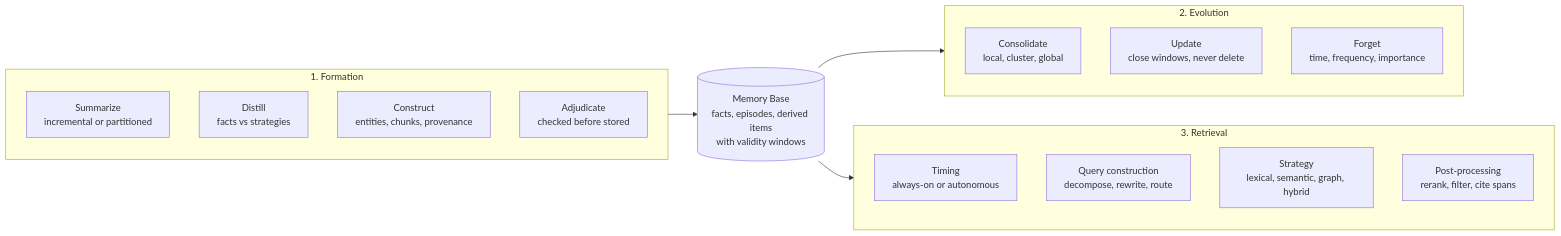
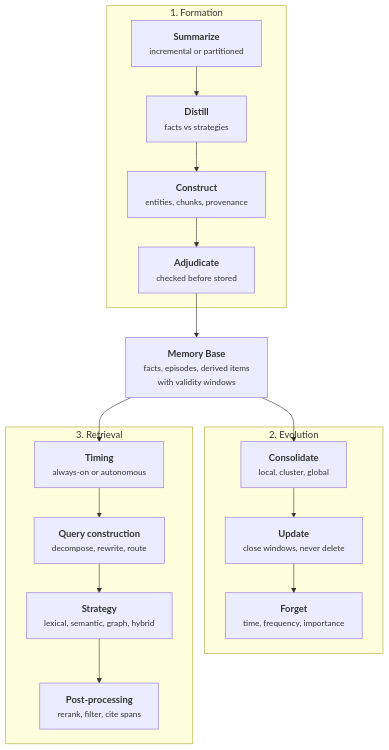
The diagram in src/content/blog/memory-in-age-of-ai-agents-part2-dynamics.md (Faycall1l/Faycall1l.github.io), drawn with Mermaid before and after one commit. The commit also changed 2 other files, not shown here.

Commit message:
fix(blog): enlarge mermaid diagram, compact layout with min-width scroll

````diff
--- a/src/content/blog/memory-in-age-of-ai-agents-part2-dynamics.md
+++ b/src/content/blog/memory-in-age-of-ai-agents-part2-dynamics.md
@@ -14,28 +14,20 @@
 ```mermaid
-flowchart LR
+flowchart TB
     subgraph Formation["1. Formation"]
-        F1[Summarize<br/>incremental or partitioned]
-        F2[Distill<br/>facts vs strategies]
-        F3[Construct<br/>entities, chunks, provenance]
-        F4[Adjudicate<br/>checked before stored]
+        F1["<b>Summarize</b><br/><span style='font-size:14px'>incremental or partitioned</span>"] --> F2["<b>Distill</b><br/><span style='font-size:14px'>facts vs strategies</span>"] --> F3["<b>Construct</b><br/><span style='font-size:14px'>entities, chunks, provenance</span>"] --> F4["<b>Adjudicate</b><br/><span style='font-size:14px'>checked before stored</span>"]
     end
 
     subgraph Evolution["2. Evolution"]
-        E1[Consolidate<br/>local, cluster, global]
-        E2[Update<br/>close windows, never delete]
-        E3[Forget<br/>time, frequency, importance]
+        E1["<b>Consolidate</b><br/><span style='font-size:14px'>local, cluster, global</span>"] --> E2["<b>Update</b><br/><span style='font-size:14px'>close windows, never delete</span>"] --> E3["<b>Forget</b><br/><span style='font-size:14px'>time, frequency, importance</span>"]
     end
 
     subgraph Retrieval["3. Retrieval"]
-        R1[Timing<br/>always-on or autonomous]
-        R2[Query construction<br/>decompose, rewrite, route]
-        R3[Strategy<br/>lexical, semantic, graph, hybrid]
-        R4[Post-processing<br/>rerank, filter, cite spans]
+        R1["<b>Timing</b><br/><span style='font-size:14px'>always-on or autonomous</span>"] --> R2["<b>Query construction</b><br/><span style='font-size:14px'>decompose, rewrite, route</span>"] --> R3["<b>Strategy</b><br/><span style='font-size:14px'>lexical, semantic, graph, hybrid</span>"] --> R4["<b>Post-processing</b><br/><span style='font-size:14px'>rerank, filter, cite spans</span>"]
     end
 
-    MB[(Memory Base<br/>facts, episodes, derived items<br/>with validity windows)]
+    MB["<b>Memory Base</b><br/><span style='font-size:14px'>facts, episodes, derived items<br/>with validity windows</span>"]
 
-    Formation --> MB
-    MB --> Evolution
-    MB --> Retrieval
+    F4 --> MB
+    MB --> E1
+    MB --> R1
 ```
````
